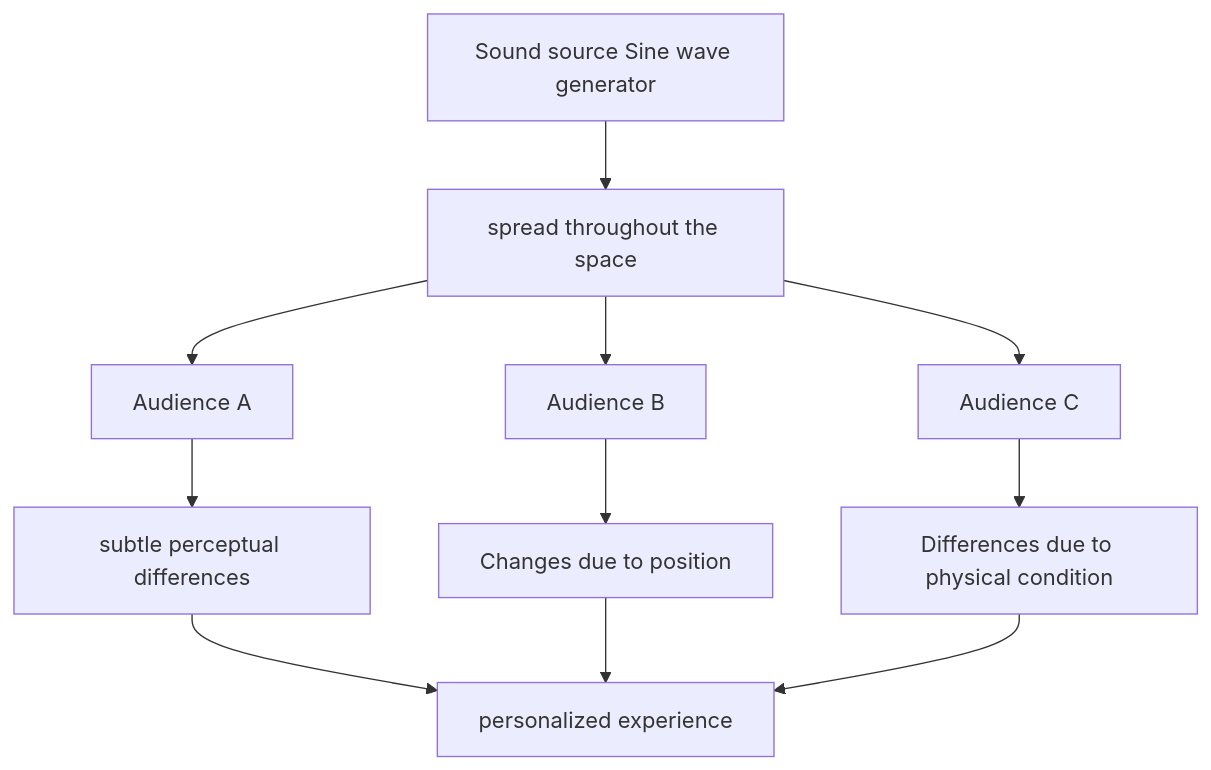
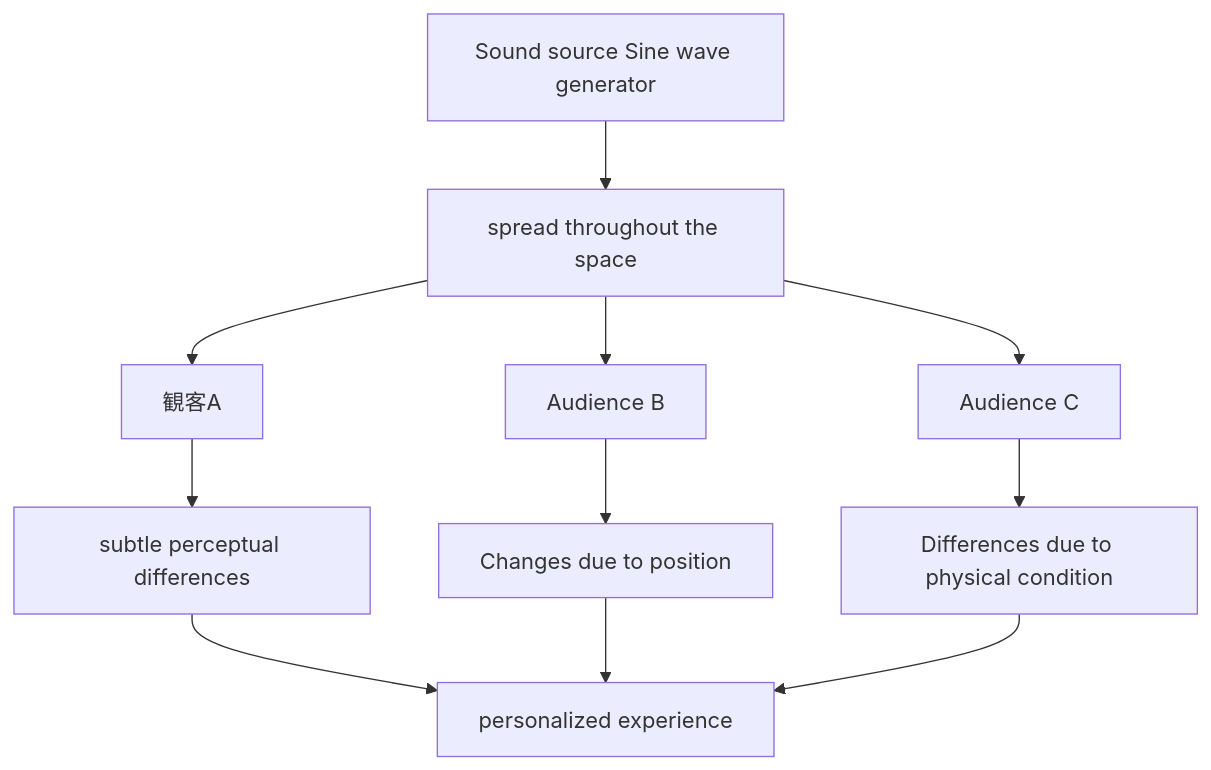
The second of 11 diagrams in en/_posts/2026-04-18-column-sachiko-m.md (monumental-movement/monumental-movement.github.io), drawn with Mermaid before and after one commit. The commit also changed other lines of this file and 2196 other files, not shown here.

```diff
--- a/en/_posts/2026-04-18-column-sachiko-m.md
+++ b/en/_posts/2026-04-18-column-sachiko-m.md
@@ -234,13 +233,13 @@
 <div class="mermaid">
 flowchart TB
     A[Sound source Sine wave generator] --> B[spread throughout the space]
-    B --> C1[Audience A]
+    B --> C1[観客A]
     B --> C2[Audience B]
     B --> C3[Audience C]
     C1 --> D1[subtle perceptual differences]
     C2 --> D2[Changes due to position]
     C3 --> D3[Differences due to physical condition]
     D1 --> E[personalized experience]
     D2 --> E
     D3 --> E
 </div>
```
